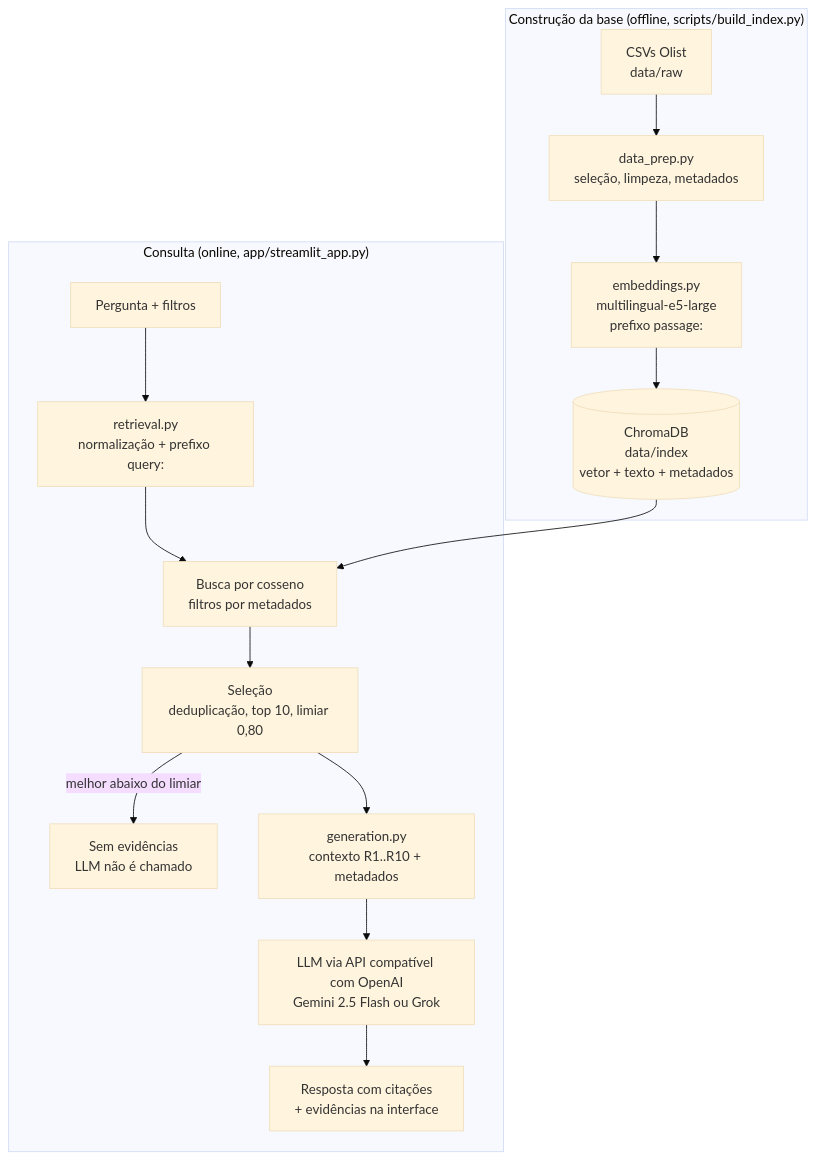
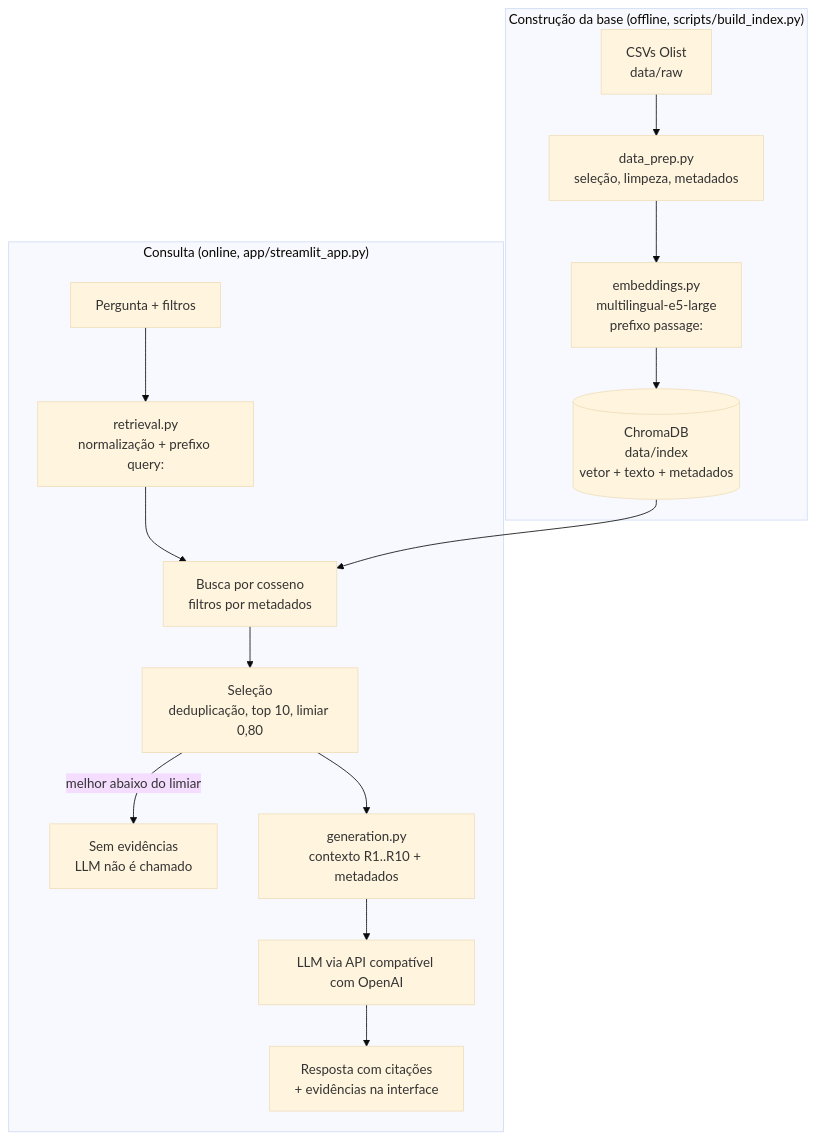
Before and after one commit to LucasAlexSant/tech-challenge-fase4: the diagram in README.md, drawn with Mermaid (base theme). The commit also changed other lines of this file and 2 other files, not shown here.

````diff
--- a/README.md
+++ b/README.md
@@ -30,19 +17,19 @@
 ```mermaid
 flowchart TB
     subgraph offline["Construção da base (offline, scripts/build_index.py)"]
         A[CSVs Olist<br/>data/raw] --> B[data_prep.py<br/>seleção, limpeza, metadados]
         B --> C[embeddings.py<br/>multilingual-e5-large<br/>prefixo passage:]
         C --> D[(ChromaDB<br/>data/index<br/>vetor + texto + metadados)]
     end
 
     subgraph online["Consulta (online, app/streamlit_app.py)"]
         Q[Pergunta + filtros] --> T[retrieval.py<br/>normalização + prefixo query:]
         T --> R[Busca por cosseno<br/>filtros por metadados]
         D --> R
         R --> S[Seleção<br/>deduplicação, top 10, limiar 0,80]
         S -->|melhor abaixo do limiar| N[Sem evidências<br/>LLM não é chamado]
         S --> X[generation.py<br/>contexto R1..R10 + metadados]
-        X --> L[LLM via API compatível com OpenAI<br/>Gemini 2.5 Flash ou Grok]
+        X --> L[LLM via API compatível com OpenAI]
         L --> O[Resposta com citações<br/>+ evidências na interface]
     end
 ```
````
